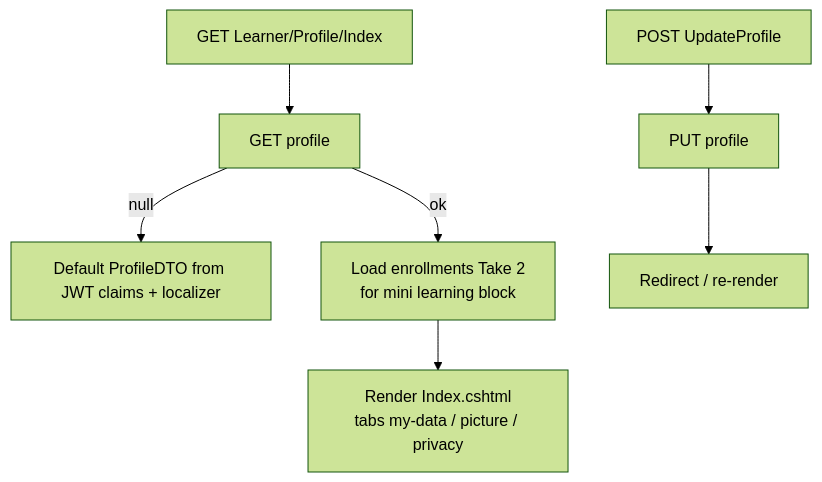
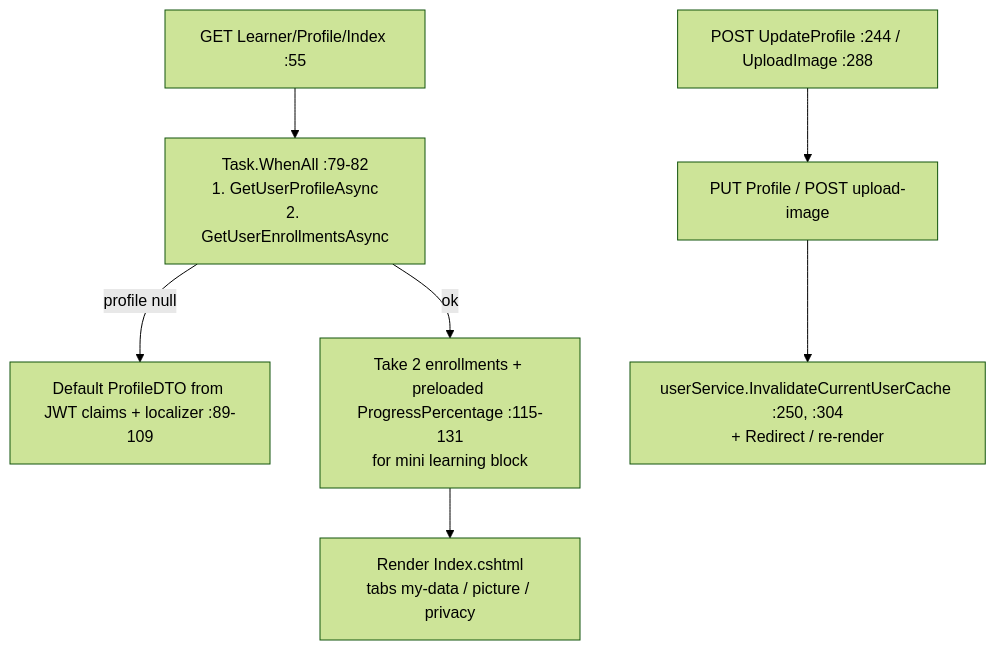
One commit to MohamedGasser15/Education-Lab changed the first of 4 diagrams in Documentation/Modules/MVC/Learner/ProfileController.md. Above: the diagram before and after it, drawn with Mermaid (forest theme). The commit also changed other lines of this file and 20 other files, not shown here.

Commit message:
docs(modules): update system architecture and module documentation

````diff
--- a/Documentation/Modules/MVC/Learner/ProfileController.md
+++ b/Documentation/Modules/MVC/Learner/ProfileController.md
@@ -96,9 +96,9 @@
 ```mermaid
 flowchart TD
-    A[GET Learner/Profile/Index] --> B[GET profile]
-    B -->|null| C[Default ProfileDTO from JWT claims + localizer]
-    B -->|ok| D[Load enrollments Take 2<br/>for mini learning block]
+    A[GET Learner/Profile/Index :55] --> B[Task.WhenAll :79-82<br/>1. GetUserProfileAsync<br/>2. GetUserEnrollmentsAsync]
+    B -->|profile null| C[Default ProfileDTO from JWT claims + localizer :89-109]
+    B -->|ok| D[Take 2 enrollments + preloaded ProgressPercentage :115-131<br/>for mini learning block]
     D --> E[Render Index.cshtml<br/>tabs my-data / picture / privacy]
-    F[POST UpdateProfile] --> G[PUT profile]
-    G --> H[Redirect / re-render]
+    F[POST UpdateProfile :244 / UploadImage :288] --> G[PUT Profile / POST upload-image]
+    G --> H[userService.InvalidateCurrentUserCache :250, :304<br/>+ Redirect / re-render]
 ```
````
